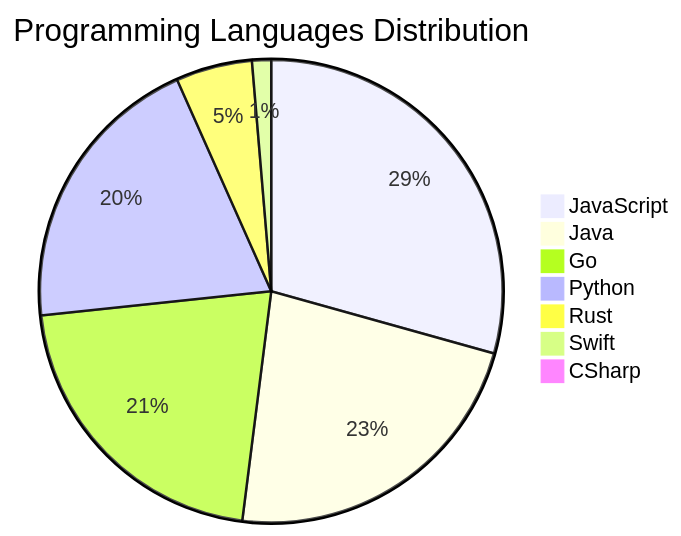
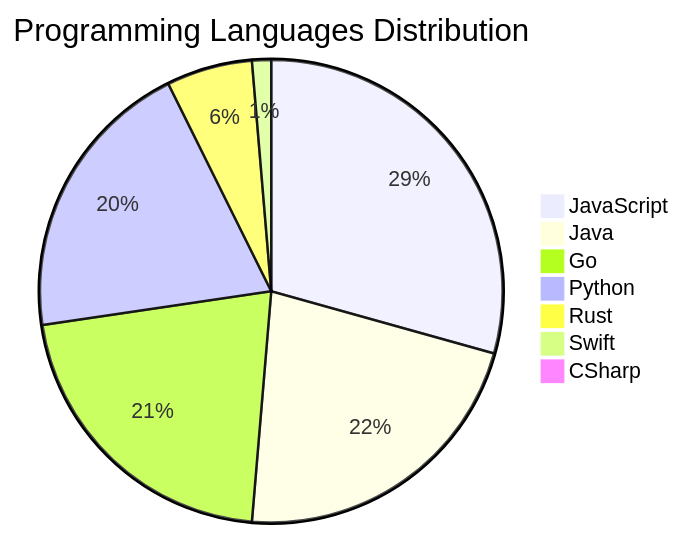
One commit to Derrick-MUGISHA/github-activity-bot changed the diagram in README.md. Above: the diagram before and after it, drawn with Mermaid. The commit also changed other lines of this file and 4 other files, not shown here.

````diff
--- a/README.md
+++ b/README.md
@@ -207,10 +207,10 @@
 ```mermaid
 pie title Programming Languages Distribution
     "JavaScript" : 44
-    "Java" : 34
+    "Java" : 33
     "Go" : 32
     "Python" : 30
-    "Rust" : 8
+    "Rust" : 9
     "Swift" : 2
     "CSharp" : 1
 ```
````
